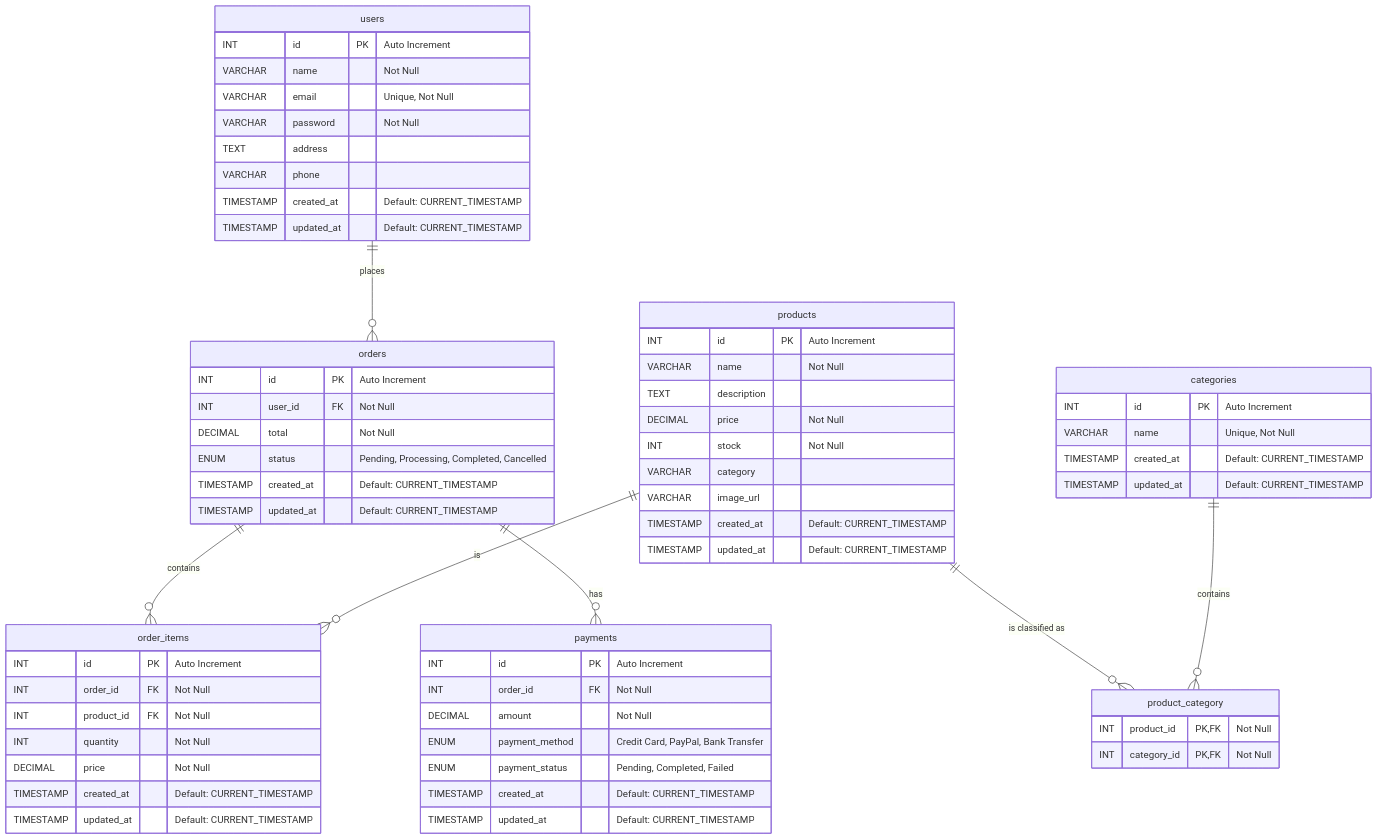
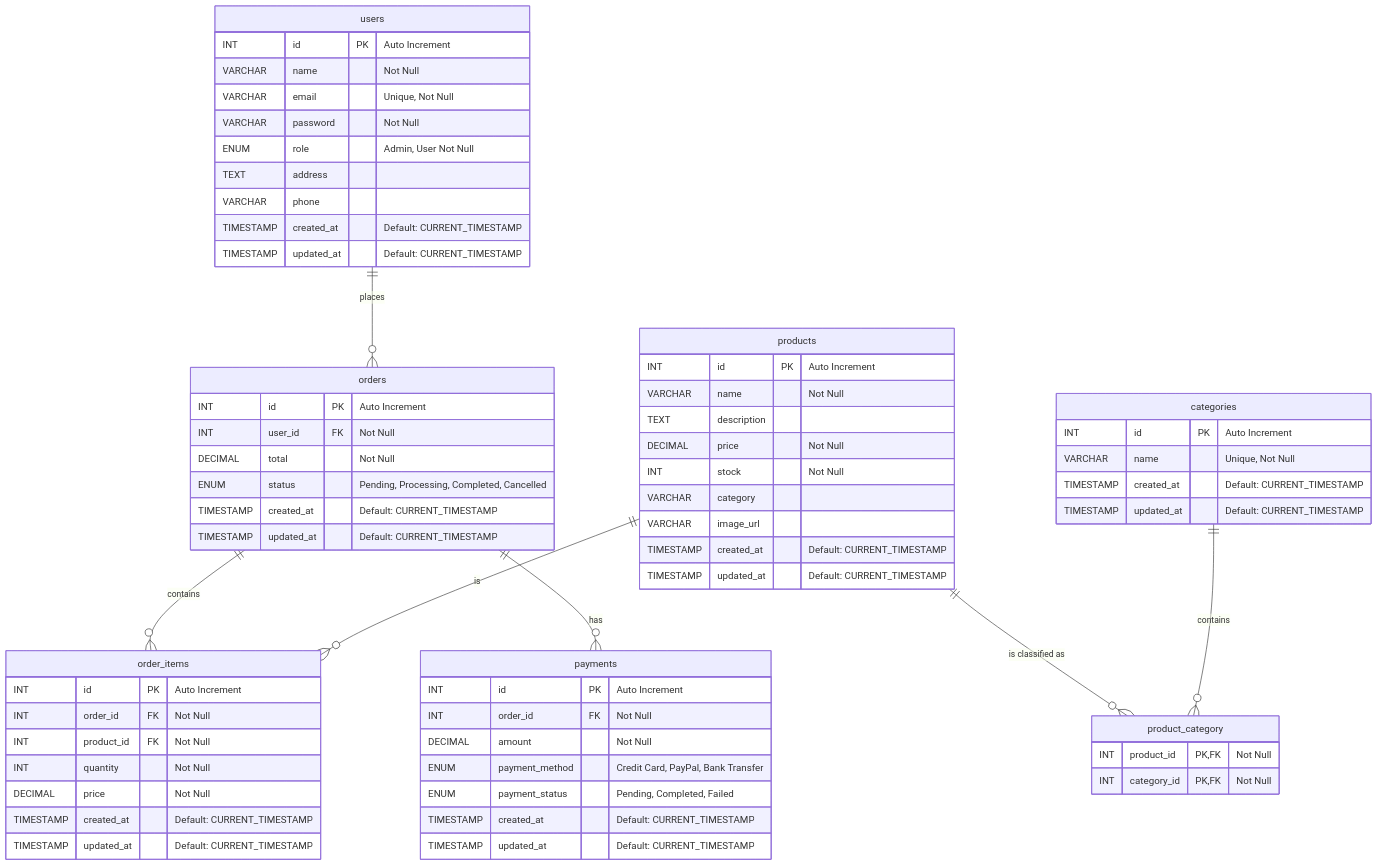
One commit to FuadGrimaldi/coffine changed the diagram in documentation/desainDB.md. Above: the diagram before and after it, drawn with Mermaid.

Commit message:
fix: add roles in users table

````diff
--- a/documentation/desainDB.md
+++ b/documentation/desainDB.md
@@ -9,73 +9,74 @@
 ```mermaid
 erDiagram
     users {
         INT id PK "Auto Increment"
         VARCHAR name "Not Null"
         VARCHAR email "Unique, Not Null"
         VARCHAR password "Not Null"
+        ENUM role "Admin, User Not Null"
         TEXT address
         VARCHAR phone
         TIMESTAMP created_at "Default: CURRENT_TIMESTAMP"
         TIMESTAMP updated_at "Default: CURRENT_TIMESTAMP"
     }
 
     products {
         INT id PK "Auto Increment"
         VARCHAR name "Not Null"
         TEXT description
         DECIMAL price "Not Null"
         INT stock "Not Null"
         VARCHAR category
         VARCHAR image_url
         TIMESTAMP created_at "Default: CURRENT_TIMESTAMP"
         TIMESTAMP updated_at "Default: CURRENT_TIMESTAMP"
     }
 
     orders {
         INT id PK "Auto Increment"
         INT user_id FK "Not Null"
         DECIMAL total "Not Null"
         ENUM status "Pending, Processing, Completed, Cancelled"
         TIMESTAMP created_at "Default: CURRENT_TIMESTAMP"
         TIMESTAMP updated_at "Default: CURRENT_TIMESTAMP"
     }
 
     order_items {
         INT id PK "Auto Increment"
         INT order_id FK "Not Null"
         INT product_id FK "Not Null"
         INT quantity "Not Null"
         DECIMAL price "Not Null"
         TIMESTAMP created_at "Default: CURRENT_TIMESTAMP"
         TIMESTAMP updated_at "Default: CURRENT_TIMESTAMP"
     }
 
     payments {
         INT id PK "Auto Increment"
         INT order_id FK "Not Null"
         DECIMAL amount "Not Null"
         ENUM payment_method "Credit Card, PayPal, Bank Transfer"
         ENUM payment_status "Pending, Completed, Failed"
         TIMESTAMP created_at "Default: CURRENT_TIMESTAMP"
         TIMESTAMP updated_at "Default: CURRENT_TIMESTAMP"
     }
 
     categories {
         INT id PK "Auto Increment"
         VARCHAR name "Unique, Not Null"
         TIMESTAMP created_at "Default: CURRENT_TIMESTAMP"
         TIMESTAMP updated_at "Default: CURRENT_TIMESTAMP"
     }
 
     product_category {
         INT product_id PK, FK "Not Null"
         INT category_id PK, FK "Not Null"
     }
 
     users ||--o{ orders : places
     orders ||--o{ order_items : contains
     products ||--o{ order_items : is
     orders ||--o{ payments : has
     products ||--o{ product_category : "is classified as"
     categories ||--o{ product_category : "contains"
 ```
````
